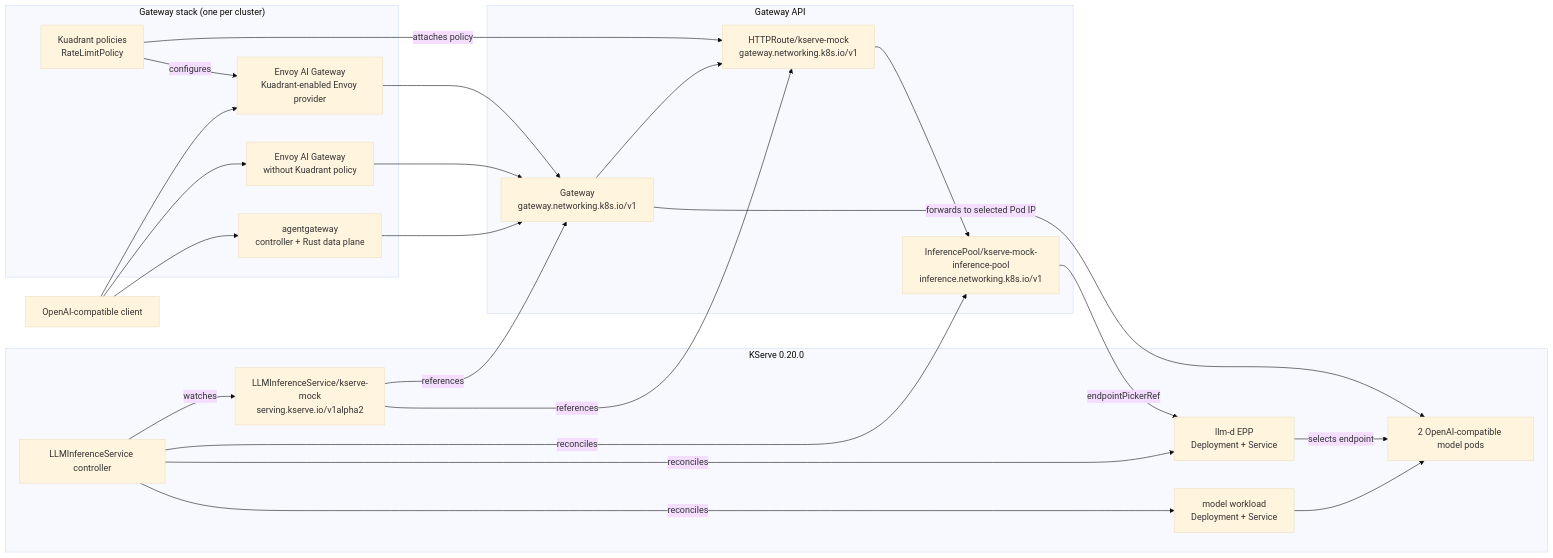
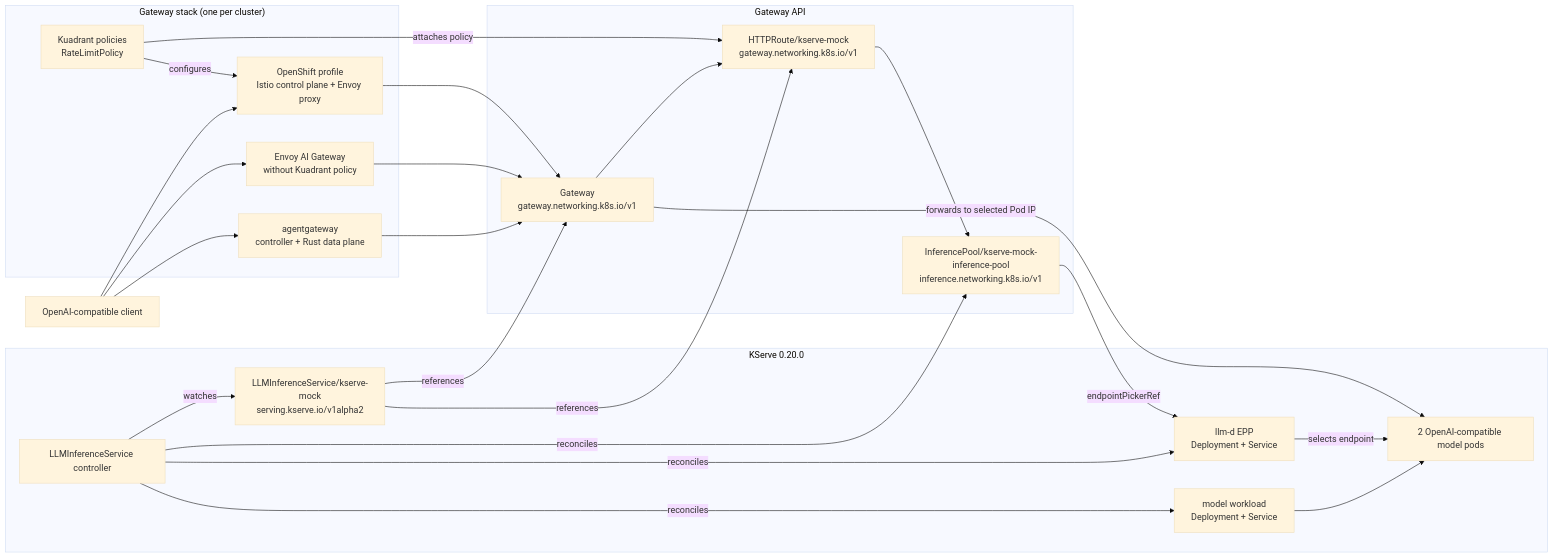
Before and after one commit to nolimitkun/ai-gateway: the diagram in README.md, drawn with Mermaid (base theme). The commit also changed other lines of this file and 15 other files, not shown here.

Commit message:
Align Kuadrant path with OpenShift AI (#1)

````diff
--- a/README.md
+++ b/README.md
@@ -142,47 +148,47 @@
 ```mermaid
 flowchart LR
   CLIENT["OpenAI-compatible client"]
 
   subgraph Gateways["Gateway stack (one per cluster)"]
     KU["Kuadrant policies<br/>RateLimitPolicy"]
-    KUENVOY["Envoy AI Gateway<br/>Kuadrant-enabled Envoy provider"]
+    KUOS["OpenShift profile<br/>Istio control plane + Envoy proxy"]
     EAIG["Envoy AI Gateway<br/>without Kuadrant policy"]
     AG["agentgateway<br/>controller + Rust data plane"]
   end
 
   subgraph GatewayAPI["Gateway API"]
     GW["Gateway<br/>gateway.networking.k8s.io/v1"]
     ROUTE["HTTPRoute/kserve-mock<br/>gateway.networking.k8s.io/v1"]
     POOL["InferencePool/kserve-mock-inference-pool<br/>inference.networking.k8s.io/v1"]
   end
 
   subgraph KServe["KServe 0.20.0"]
     CTRL["LLMInferenceService controller"]
     LLMISVC["LLMInferenceService/kserve-mock<br/>serving.kserve.io/v1alpha2"]
     EPP["llm-d EPP<br/>Deployment + Service"]
     WORKLOAD["model workload<br/>Deployment + Service"]
     PODS["2 OpenAI-compatible model pods"]
   end
 
   KU -->|attaches policy| ROUTE
-  KU -->|configures| KUENVOY
-  CLIENT --> KUENVOY
+  KU -->|configures| KUOS
+  CLIENT --> KUOS
   CLIENT --> EAIG
   CLIENT --> AG
-  KUENVOY --> GW
+  KUOS --> GW
   EAIG --> GW
   AG --> GW
   GW --> ROUTE
   ROUTE --> POOL
   POOL -->|endpointPickerRef| EPP
   EPP -->|selects endpoint| PODS
   GW -->|forwards to selected Pod IP| PODS
 
   CTRL -->|watches| LLMISVC
   LLMISVC -->|references| GW
   LLMISVC -->|references| ROUTE
   CTRL -->|reconciles| POOL
   CTRL -->|reconciles| EPP
   CTRL -->|reconciles| WORKLOAD
   WORKLOAD --> PODS
 ```
````
